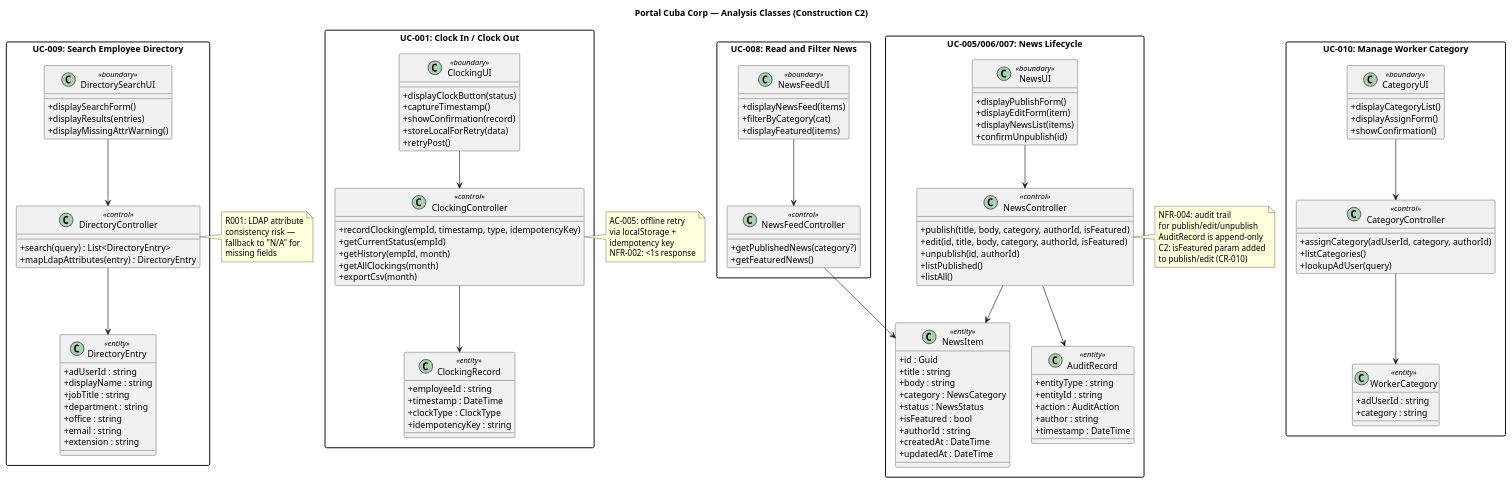
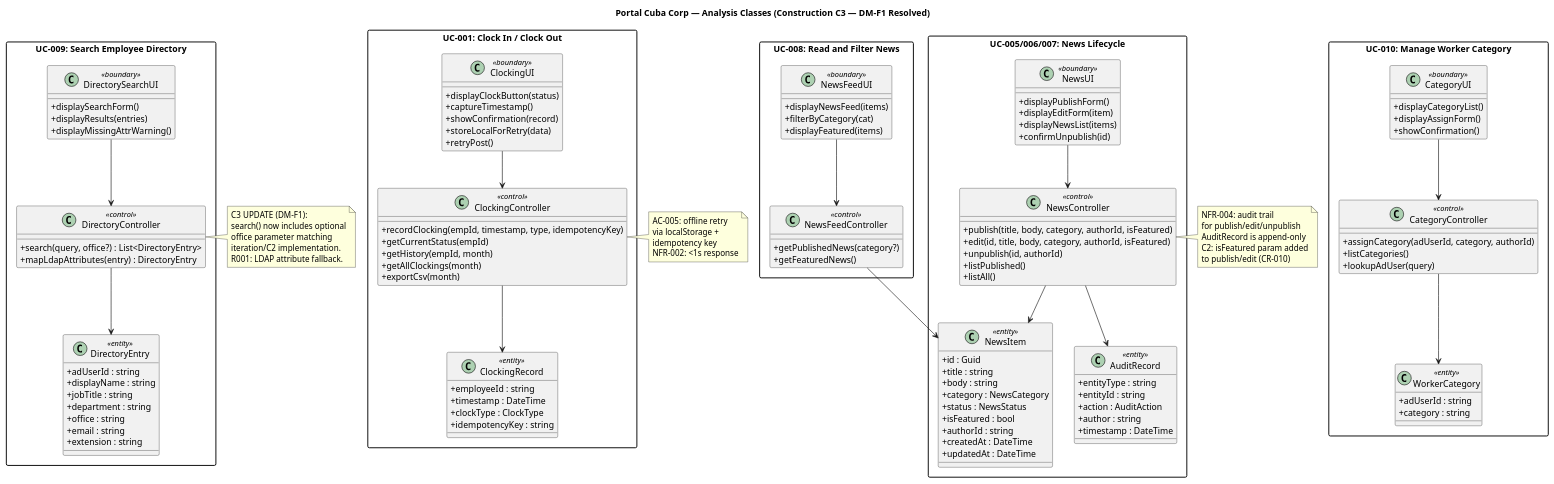
The first of 32 diagrams in docs/artifacts/analysis---design/design-model.md (banense-test/portal-cuba-corp), drawn with PlantUML before and after one commit. The commit also changed other lines of this file, not shown here.

Commit message:
Designer [C3]: upsert Design Model
[skip ci]

````diff
--- a/docs/artifacts/analysis---design/design-model.md
+++ b/docs/artifacts/analysis---design/design-model.md
@@ -107,6 +107,6 @@
 ```plantuml
 @startuml
-title Portal Cuba Corp — Analysis Classes (Construction C2)
+title Portal Cuba Corp — Analysis Classes (Construction C3 — DM-F1 Resolved)
 
 skinparam classAttributeIconSize 0
 skinparam packageStyle rectangle
@@ -141,7 +141,7 @@
     + displayMissingAttrWarning()
   }
   class "DirectoryController" as ACL005 <<control>> {
-    + search(query) : List<DirectoryEntry>
+    + search(query, office?) : List<DirectoryEntry>
     + mapLdapAttributes(entry) : DirectoryEntry
   }
   class "DirectoryEntry" as ACL006 <<entity>> {
@@ -231,10 +231,11 @@
 ACL015 --> ACL009
 
 note right of ACL005
-  R001: LDAP attribute
-  consistency risk —
-  fallback to "N/A" for
-  missing fields
+  C3 UPDATE (DM-F1):
+  search() now includes optional
+  office parameter matching
+  iteration/C2 implementation.
+  R001: LDAP attribute fallback.
 end note
 
 note right of ACL002
````
